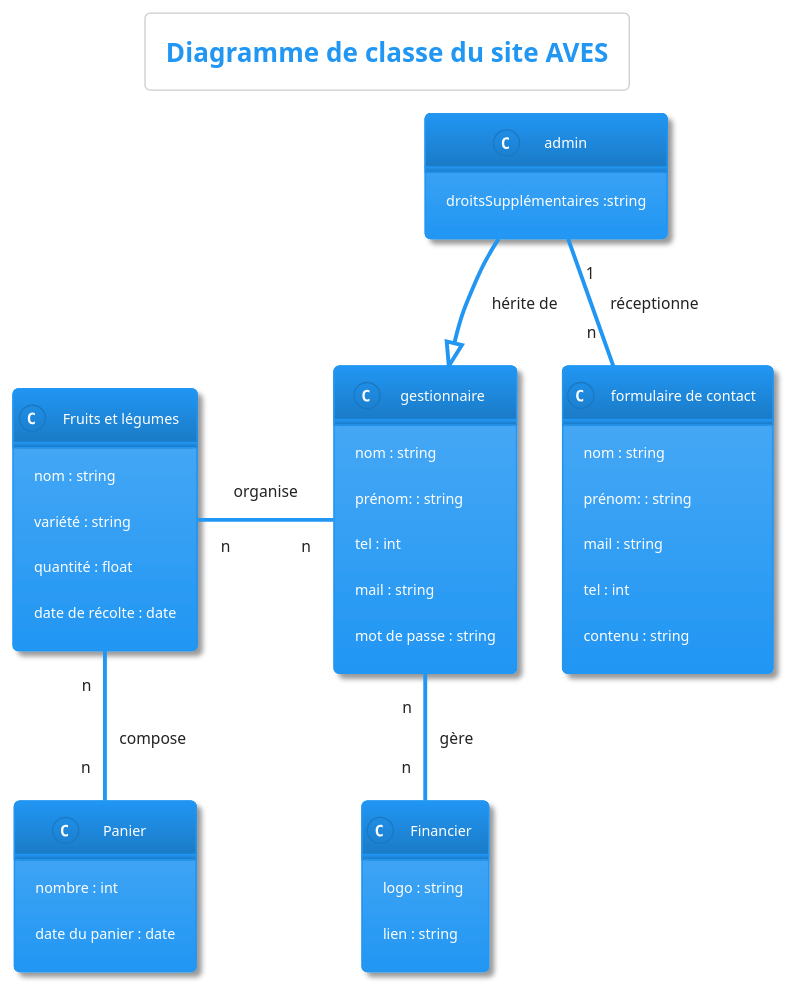
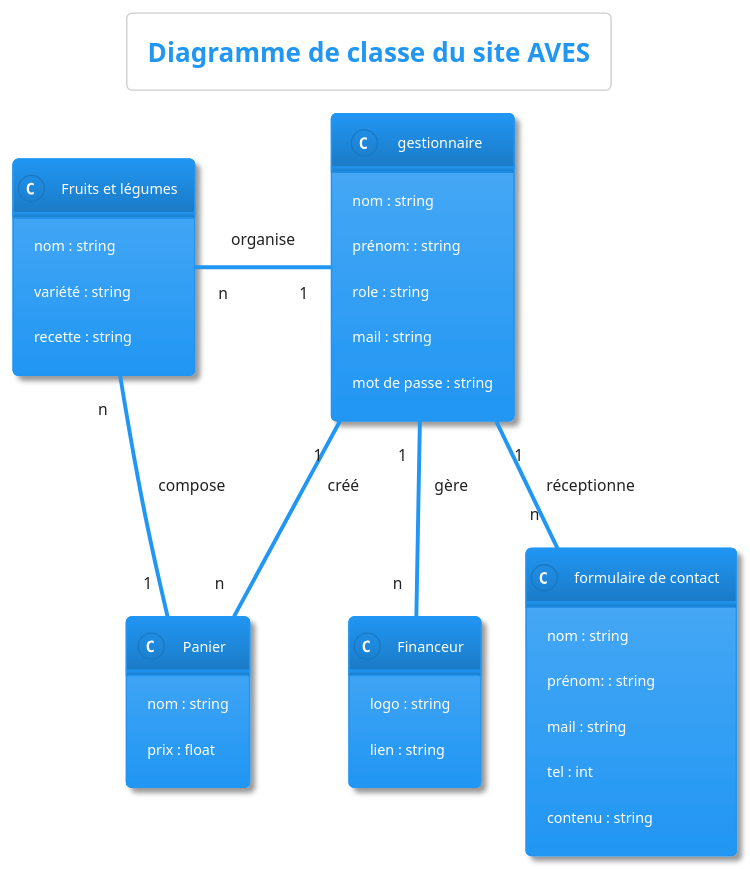
One commit to remip03/AVESVermandois changed the diagram in Conception/diagClasseAVES.puml. Above: the diagram before and after it, drawn with PlantUML. The commit also changed 10 other files, not shown here.

```diff
--- a/Conception/diagClasseAVES.puml
+++ b/Conception/diagClasseAVES.puml
@@ -1,63 +1,56 @@
 @startuml
 title "Diagramme de classe du site AVES"
 !theme materia
 
 
-Class a as "admin" {
-
-    droitsSupplémentaires :string
-
-}
-
 Class g as "gestionnaire" {
 
     nom : string
     prénom: : string
-    tel : int
+    role : string
     mail : string
     mot de passe : string
 
 }
 
 Class fel as "Fruits et légumes" {
 
     nom : string
     variété : string
-    quantité : float
-    date de récolte : date
+    recette : string
 
 }
 
 class pa as "Panier" {
 
-    nombre : int
-    date du panier : date
+    nom : string
+    prix : float
 
 }
 
-Class fin as "Financier"{
+Class fin as "Financeur"{
 
     logo : string
     lien : string
 
 }
 
 Class fo as "formulaire de contact" {
 
     nom : string
     prénom: : string
     mail : string
     tel : int
     contenu : string
 
 }
 
-a "1" -- "n" fo : réceptionne
-fel "n" -- "n" pa : compose
-g "n" -left- "n" fel : organise
-g "n" -- "n" fin : gère
+g "1" -- "n" fo : réceptionne
+fel "n" -- "1" pa : compose
+g "1" -- "n" pa : créé
+g "1" -left- "n" fel : organise
+g "1" -- "n" fin : gère
 
-a --|> g : hérite de
 
 
 @enduml
```
